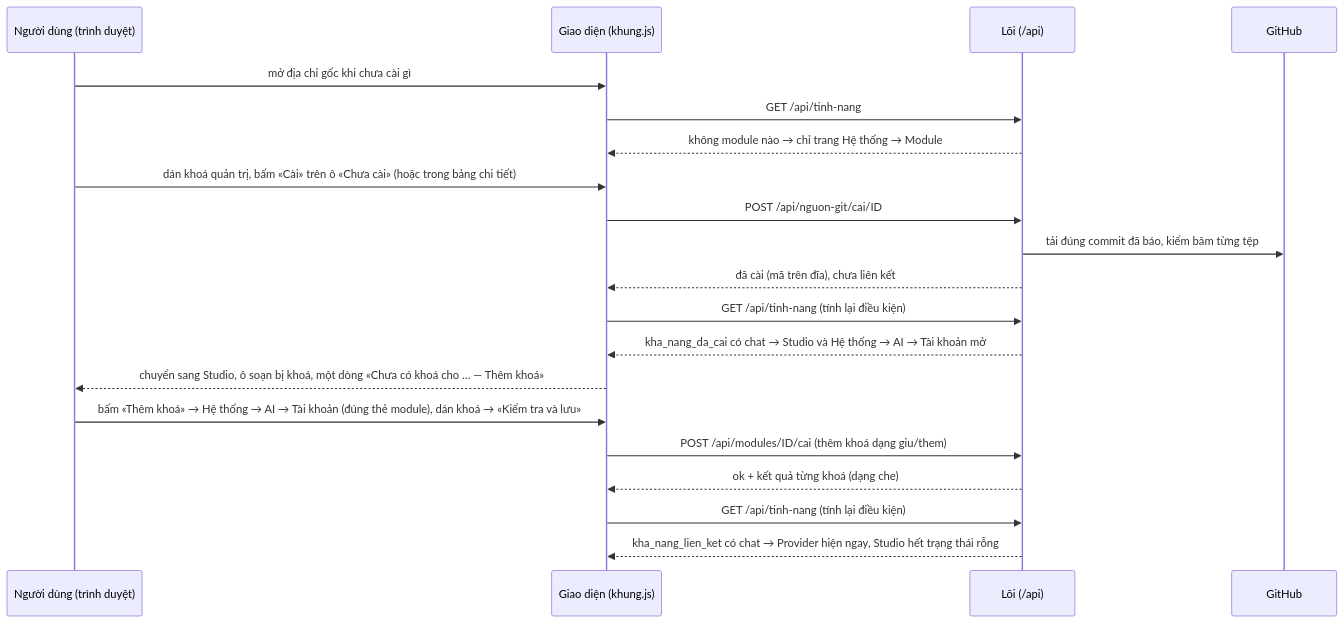
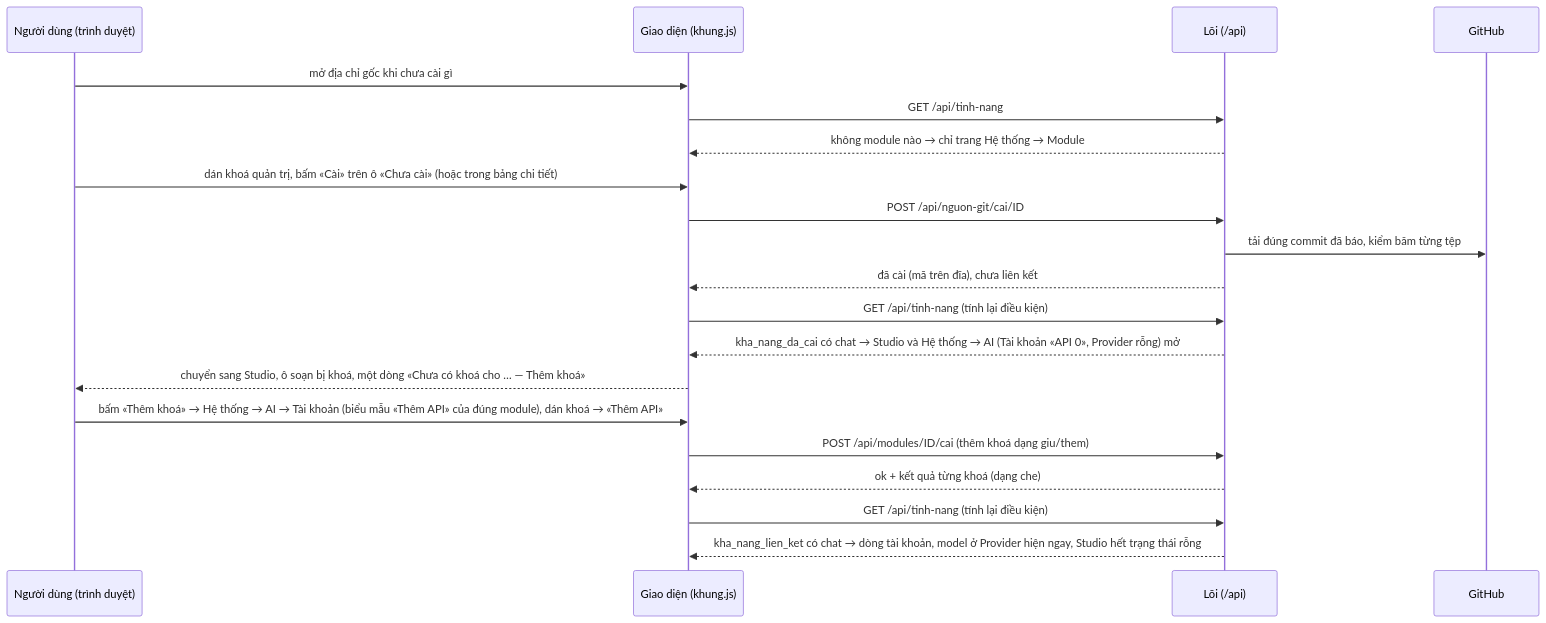
One commit to TriTue2011/web2api changed the third of 3 diagrams in README.md. Above: the diagram before and after it, drawn with Mermaid. The commit also changed other lines of this file and 21 other files, not shown here.

First line of the commit message:
feat(web): Hệ thống → AI chép y hệt demo (Tài khoản, Provider) và trang Module làm lưới ô bàn cờ

````diff
--- a/README.md
+++ b/README.md
@@ -135,22 +135,22 @@
 ```mermaid
 sequenceDiagram
   participant U as Người dùng (trình duyệt)
   participant G as Giao diện (khung.js)
   participant L as Lõi (/api)
   participant H as GitHub
   U->>G: mở địa chỉ gốc khi chưa cài gì
   G->>L: GET /api/tinh-nang
   L-->>G: không module nào → chỉ trang Hệ thống → Module
   U->>G: dán khoá quản trị, bấm «Cài» trên ô «Chưa cài» (hoặc trong bảng chi tiết)
   G->>L: POST /api/nguon-git/cai/ID
   L->>H: tải đúng commit đã báo, kiểm băm từng tệp
   L-->>G: đã cài (mã trên đĩa), chưa liên kết
   G->>L: GET /api/tinh-nang (tính lại điều kiện)
-  L-->>G: kha_nang_da_cai có chat → Studio và Hệ thống → AI → Tài khoản mở
+  L-->>G: kha_nang_da_cai có chat → Studio và Hệ thống → AI (Tài khoản «API 0», Provider rỗng) mở
   G-->>U: chuyển sang Studio, ô soạn bị khoá, một dòng «Chưa có khoá cho … — Thêm khoá»
-  U->>G: bấm «Thêm khoá» → Hệ thống → AI → Tài khoản (đúng thẻ module), dán khoá → «Kiểm tra và lưu»
+  U->>G: bấm «Thêm khoá» → Hệ thống → AI → Tài khoản (biểu mẫu «Thêm API» của đúng module), dán khoá → «Thêm API»
   G->>L: POST /api/modules/ID/cai (thêm khoá dạng giu/them)
   L-->>G: ok + kết quả từng khoá (dạng che)
   G->>L: GET /api/tinh-nang (tính lại điều kiện)
-  L-->>G: kha_nang_lien_ket có chat → Provider hiện ngay, Studio hết trạng thái rỗng
+  L-->>G: kha_nang_lien_ket có chat → dòng tài khoản, model ở Provider hiện ngay, Studio hết trạng thái rỗng
 ```
````
